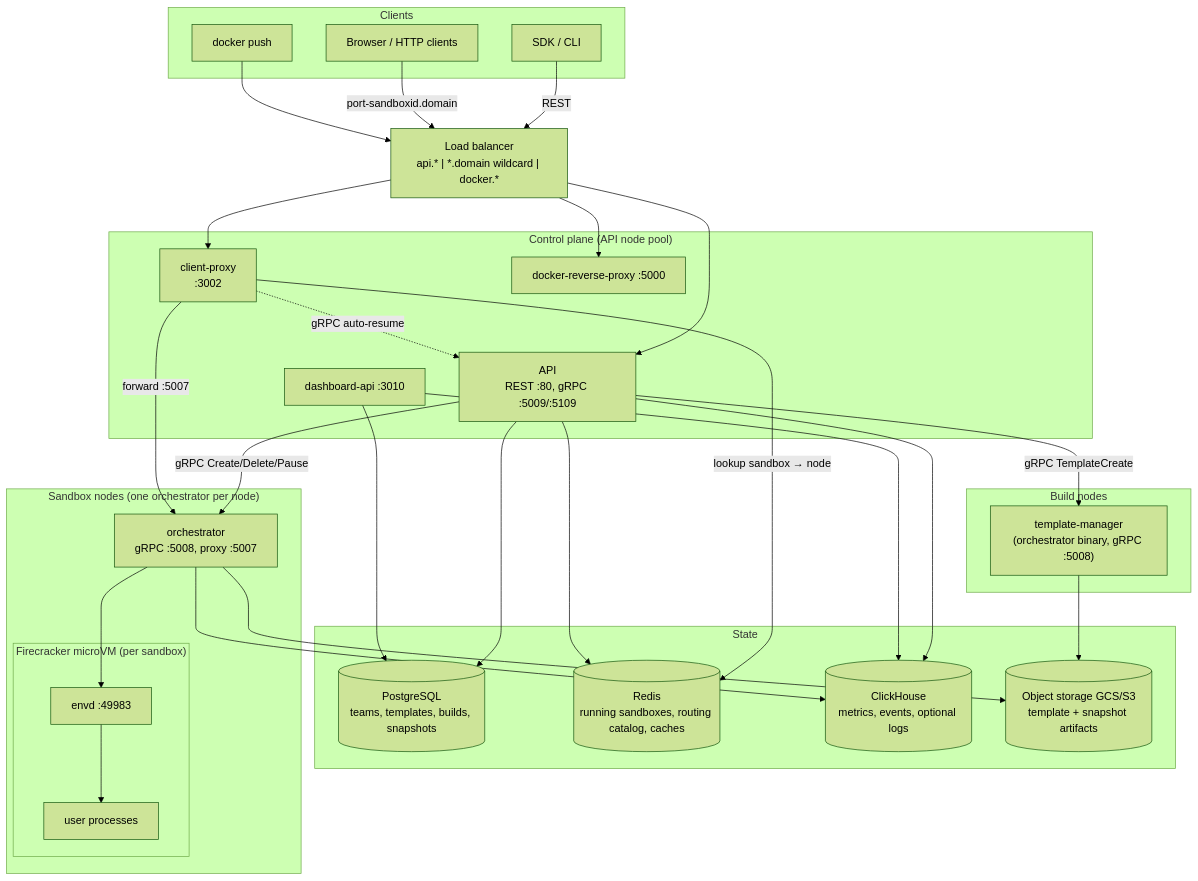
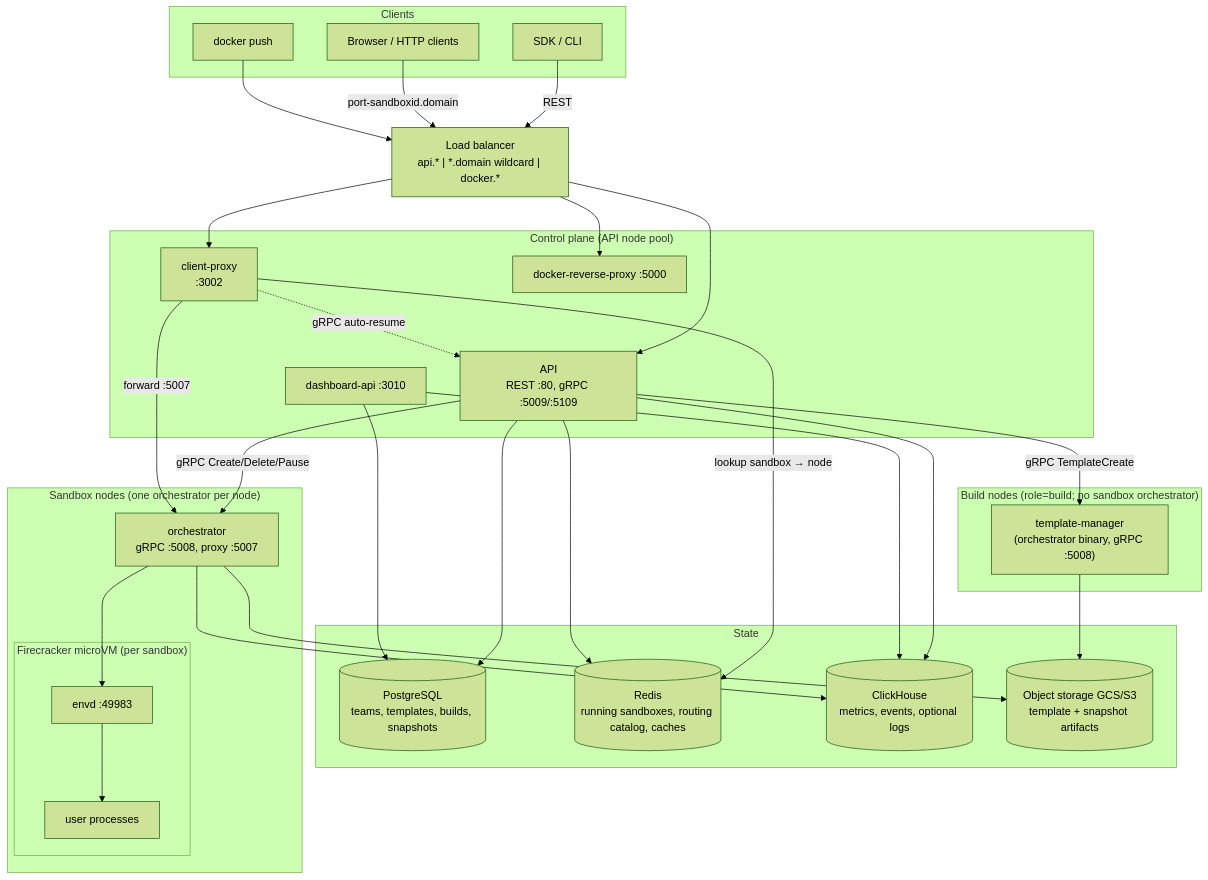
The first of 5 diagrams in docs/ARCHITECTURE.md (Superintelligent-Group/superintelligent-e2b), drawn with Mermaid (forest theme) before and after one commit. The commit also changed other lines of this file and 7 other files, not shown here.

Commit message:
fix(nomad): isolate build nodes from sandbox workers

````diff
--- a/docs/ARCHITECTURE.md
+++ b/docs/ARCHITECTURE.md
@@ -32,51 +32,51 @@
 ```mermaid
 flowchart TB
     subgraph clients["Clients"]
         SDK["SDK / CLI"]
         Browser["Browser / HTTP clients"]
         Docker["docker push"]
     end
 
     LB["Load balancer<br/>api.* | *.domain wildcard | docker.*"]
 
     subgraph controlplane["Control plane (API node pool)"]
         API["API<br/>REST :80, gRPC :5009/:5109"]
         DashAPI["dashboard-api :3010"]
         CP["client-proxy<br/>:3002"]
         DRP["docker-reverse-proxy :5000"]
     end
 
     subgraph datastores["State"]
         PG[("PostgreSQL<br/>teams, templates, builds, snapshots")]
         RD[("Redis<br/>running sandboxes, routing catalog, caches")]
         CH[("ClickHouse<br/>metrics, events, optional logs")]
         OS[("Object storage GCS/S3<br/>template + snapshot artifacts")]
     end
 
     subgraph clientnode["Sandbox nodes (one orchestrator per node)"]
         ORCH["orchestrator<br/>gRPC :5008, proxy :5007"]
         subgraph vm["Firecracker microVM (per sandbox)"]
             ENVD["envd :49983"]
             USERPROC["user processes"]
         end
     end
 
-    subgraph buildnode["Build nodes"]
+    subgraph buildnode["Build nodes (role=build; no sandbox orchestrator)"]
         TM["template-manager<br/>(orchestrator binary, gRPC :5008)"]
     end
 
     SDK -->|REST| LB --> API
     Browser -->|"port-sandboxid.domain"| LB --> CP
     Docker --> LB --> DRP
     API -->|"gRPC Create/Delete/Pause"| ORCH
     API -->|"gRPC TemplateCreate"| TM
     CP -->|"lookup sandbox → node"| RD
     CP -->|"forward :5007"| ORCH
     CP -.->|"gRPC auto-resume"| API
     ORCH --> ENVD
     ENVD --> USERPROC
     API --> PG & RD & CH
     DashAPI --> PG & CH
     ORCH --> OS & CH
     TM --> OS
 ```
````
